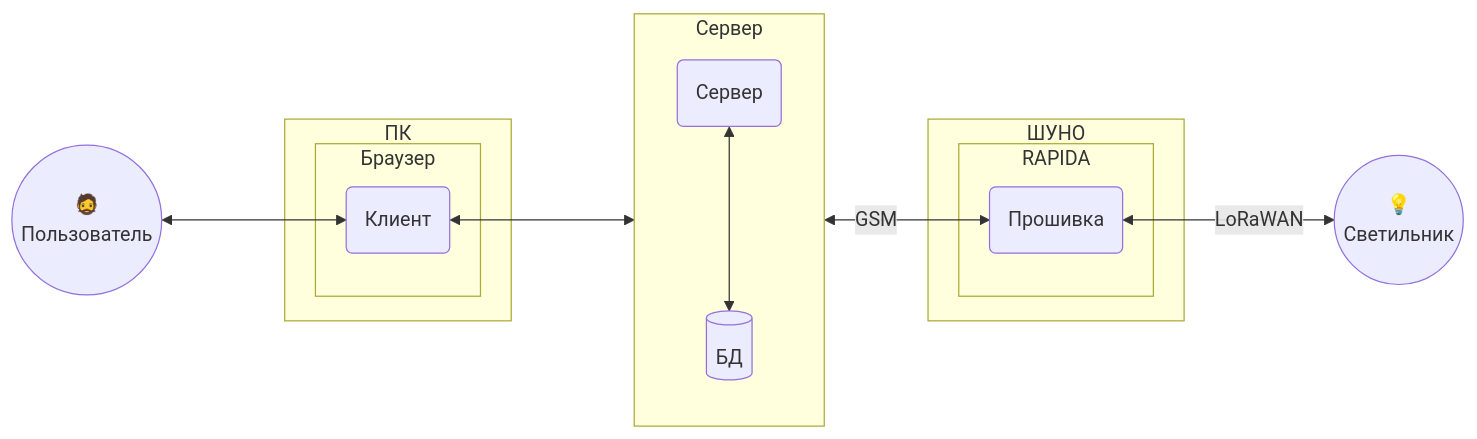
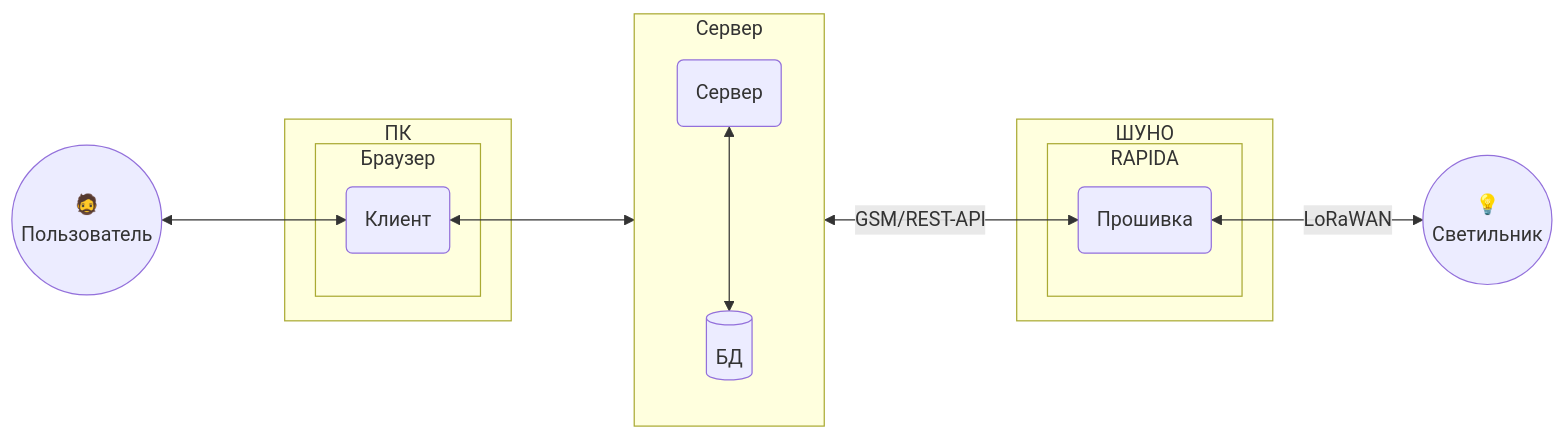
The diagram in PROJECT/scheme.md (KhudyakovAlex/Svetosila), drawn with Mermaid before and after one commit. The commit also changed 3 other files, not shown here.

````diff
--- a/PROJECT/scheme.md
+++ b/PROJECT/scheme.md
@@ -3,31 +3,31 @@
 ```mermaid
 
 flowchart LR
   USER((🧔<br>Пользователь))
 
   subgraph ПК
     subgraph Браузер
       FE(Клиент)
     end
   end
 
   subgraph Сервер
     direction TB
      BE(Сервер)
      DB[(БД)]
   end
 
   subgraph ШУНО
     subgraph RAPIDA
       FW(Прошивка)
     end
   end
 
   LUM((💡<br>Светильник))
 
   USER <---> FE
   FE <---> BE
-  BE <--GSM--> FW
+  BE <--GSM/REST-API--> FW
   FW <--LoRaWAN--> LUM
   BE <---> DB
 ```
````
